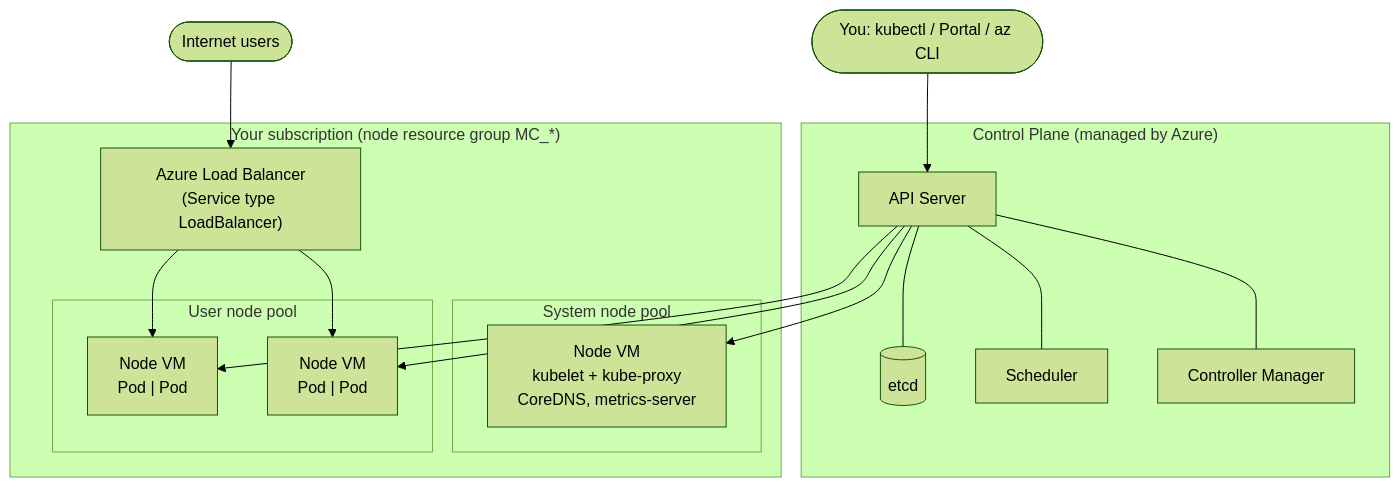
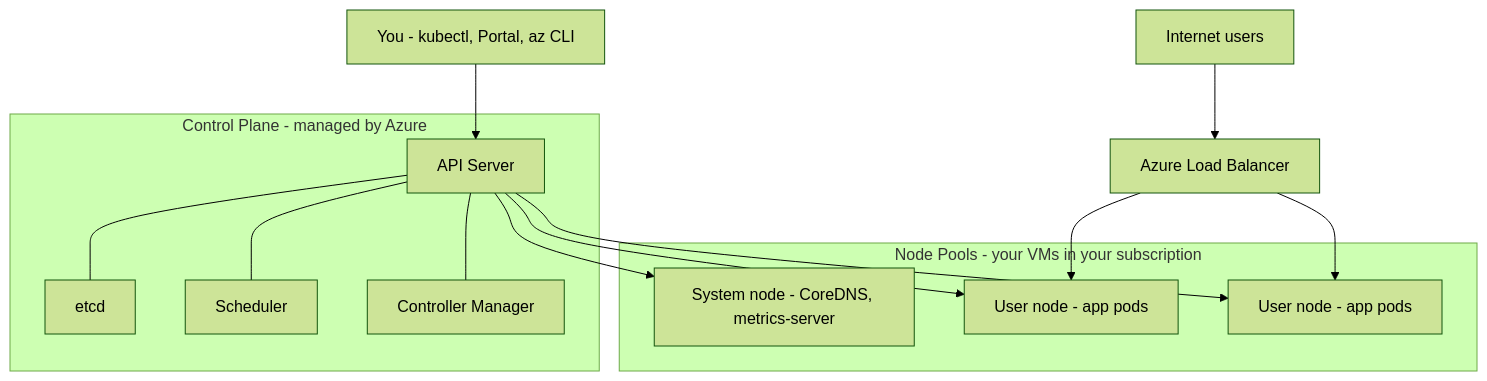
Before and after one commit to sirinali07/AKS-and-Kubernetes-Fundamentals: the diagram in AKS Cluster Setup.md, drawn with Mermaid (forest theme).

Commit message:
Update AKS Cluster Setup.md

````diff
--- a/AKS Cluster Setup.md
+++ b/AKS Cluster Setup.md
@@ -13,33 +13,32 @@
 ```mermaid
 flowchart TB
-    user(["You: kubectl / Portal / az CLI"])
-    internet(["Internet users"])
+    U["You - kubectl, Portal, az CLI"]
+    I["Internet users"]
 
-    subgraph azure["Control Plane (managed by Azure)"]
-        api["API Server"]
-        etcd[("etcd")]
-        sched["Scheduler"]
-        cm["Controller Manager"]
-        api --- etcd
-        api --- sched
-        api --- cm
+    subgraph CP["Control Plane - managed by Azure"]
+        API["API Server"]
+        ETCD["etcd"]
+        SCH["Scheduler"]
+        CM["Controller Manager"]
     end
 
-    subgraph sub["Your subscription (node resource group MC_*)"]
-        subgraph sys["System node pool"]
-            n1["Node VM<br/>kubelet + kube-proxy<br/>CoreDNS, metrics-server"]
-        end
-        subgraph usr["User node pool"]
-            n2["Node VM<br/>Pod | Pod"]
-            n3["Node VM<br/>Pod | Pod"]
-        end
-        lb["Azure Load Balancer<br/>(Service type LoadBalancer)"]
+    subgraph NP["Node Pools - your VMs in your subscription"]
+        N1["System node - CoreDNS, metrics-server"]
+        N2["User node - app pods"]
+        N3["User node - app pods"]
     end
 
-    user --> api
-    api --> n1
-    api --> n2
-    api --> n3
-    internet --> lb --> n2
-    lb --> n3
+    LB["Azure Load Balancer"]
+
+    U --> API
+    API --- ETCD
+    API --- SCH
+    API --- CM
+    API --> N1
+    API --> N2
+    API --> N3
+    I --> LB
+    LB --> N2
+    LB --> N3
+ 
 ```
````
